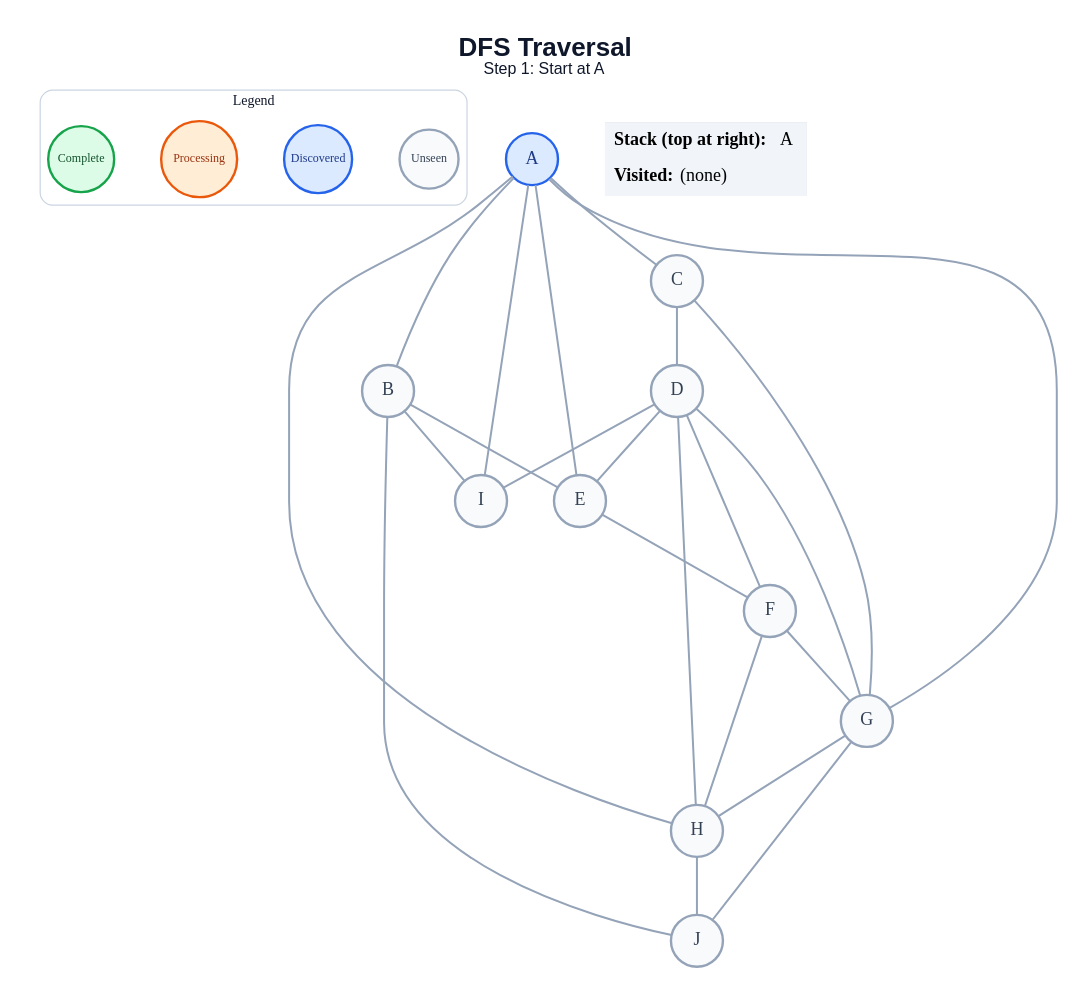
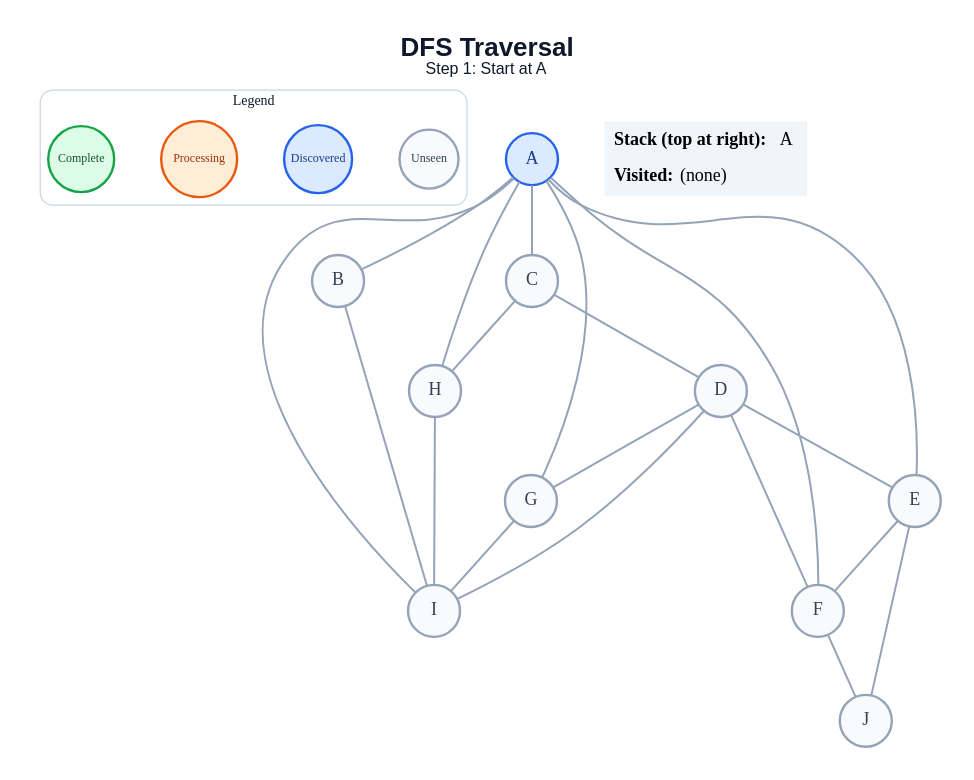
One commit to amanghodawala9/ai-slop changed the diagram in generated/dfs/step_01.dot. Above: the diagram before and after it, drawn with Graphviz. The commit also changed 178 other files, not shown here.

```diff
--- a/generated/dfs/step_01.dot
+++ b/generated/dfs/step_01.dot
@@ -1,51 +1,48 @@
 graph traversal {
   graph [layout=dot, rankdir=TB, bgcolor="#FFFFFF", pad="0.35", nodesep="0.65", ranksep="0.8", fontname="Arial"];
   node [shape=circle, style="filled", fontname="Arial Bold", fontsize=18, width=0.72, fixedsize=true, penwidth=2.4];
   edge [color="#94A3B8", penwidth=2.0];
   label=<<B>DFS Traversal</B><BR/><FONT POINT-SIZE="16">Step 1: Start at A</FONT>>; labelloc="t"; fontsize=26; fontname="Arial"; fontcolor="#0F172A";
   subgraph cluster_legend { label="Legend"; color="#CBD5E1"; penwidth=1.2; style="rounded"; fontsize=14; fontname="Arial Bold";
     key_unseen [label="Unseen", fillcolor="#F8FAFC", color="#94A3B8", fontcolor="#334155", fontsize=12, width=0.82];
     key_frontier [label="Discovered", fillcolor="#DBEAFE", color="#2563EB", fontcolor="#1E3A8A", fontsize=12, width=0.95];
     key_current [label="Processing", fillcolor="#FFEDD5", color="#EA580C", fontcolor="#9A3412", fontsize=12, width=1.05];
     key_done [label="Complete", fillcolor="#DCFCE7", color="#16A34A", fontcolor="#14532D", fontsize=12, width=0.92];
     { rank=same; key_unseen; key_frontier; key_current; key_done; }
   }
   A [fillcolor="#DBEAFE", color="#2563EB", fontcolor="#1E3A8A"];
   B [fillcolor="#F8FAFC", color="#94A3B8", fontcolor="#334155"];
   C [fillcolor="#F8FAFC", color="#94A3B8", fontcolor="#334155"];
   D [fillcolor="#F8FAFC", color="#94A3B8", fontcolor="#334155"];
   E [fillcolor="#F8FAFC", color="#94A3B8", fontcolor="#334155"];
   F [fillcolor="#F8FAFC", color="#94A3B8", fontcolor="#334155"];
   G [fillcolor="#F8FAFC", color="#94A3B8", fontcolor="#334155"];
   H [fillcolor="#F8FAFC", color="#94A3B8", fontcolor="#334155"];
   I [fillcolor="#F8FAFC", color="#94A3B8", fontcolor="#334155"];
   J [fillcolor="#F8FAFC", color="#94A3B8", fontcolor="#334155"];
   A -- B;
   A -- C;
   A -- E;
+  A -- F;
   A -- G;
   A -- H;
   A -- I;
-  B -- E;
   B -- I;
-  B -- J;
   C -- D;
-  C -- G;
+  C -- H;
   D -- E;
   D -- F;
   D -- G;
-  D -- H;
   D -- I;
   E -- F;
-  F -- G;
-  F -- H;
-  G -- H;
-  G -- J;
-  H -- J;
+  E -- J;
+  F -- J;
+  G -- I;
+  H -- I;
   status [shape=plain, fixedsize=false, width=0, height=0, margin=0, label=<
     <TABLE BORDER="0" CELLBORDER="0" CELLPADDING="7" BGCOLOR="#F1F5F9">
       <TR><TD ALIGN="LEFT"><B>Stack (top at right):</B> A</TD></TR>
       <TR><TD ALIGN="LEFT"><B>Visited:</B> (none)</TD></TR>
     </TABLE>
   >];
 }
```
